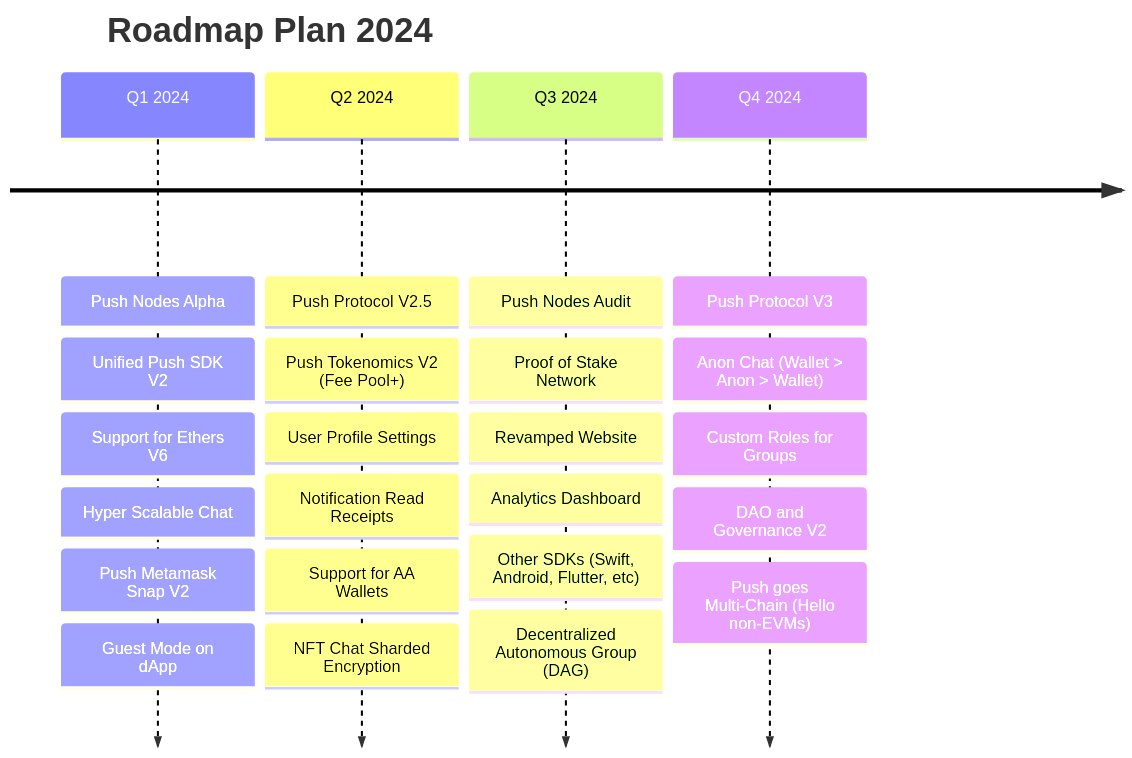
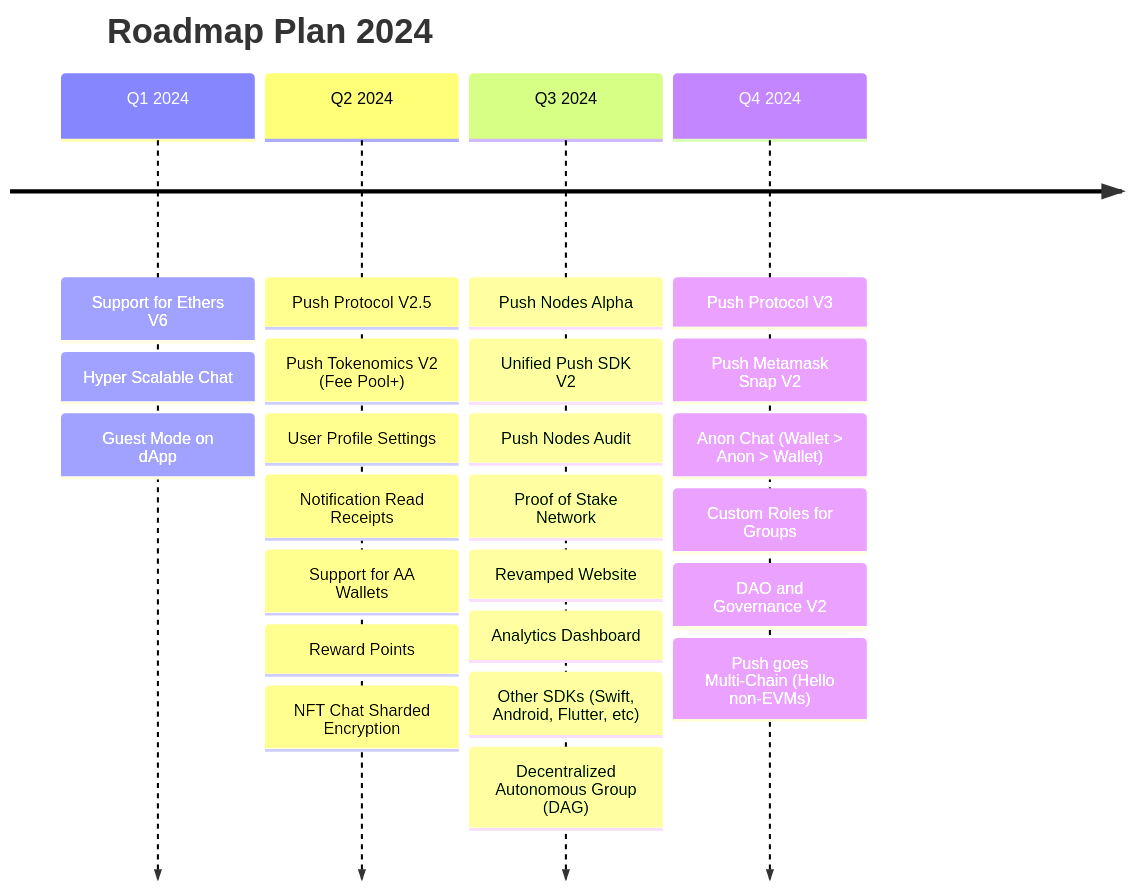
The diagram in docs/roadmap/01-Push-Roadmap.mdx (push-protocol/push-website), drawn with Mermaid before and after one commit. The commit also changed other lines of this file, not shown here.

Commit message:
update roadmap

````diff
--- a/docs/roadmap/01-Push-Roadmap.mdx
+++ b/docs/roadmap/01-Push-Roadmap.mdx
@@ -21,27 +21,28 @@
 ```mermaid
 timeline
     title Roadmap Plan 2024
-    Q1 2024 : Push Nodes Alpha
-            : Unified Push SDK V2
-            : Support for Ethers V6
+    Q1 2024 : Support for Ethers V6
             : Hyper Scalable Chat
-            : Push Metamask Snap V2
             : Guest Mode on dApp
     Q2 2024 : Push Protocol V2.5
             : Push Tokenomics V2 (Fee Pool+)
             : User Profile Settings
             : Notification Read Receipts
             : Support for AA Wallets
+            : Reward Points
             : NFT Chat Sharded Encryption
-    Q3 2024 : Push Nodes Audit
+    Q3 2024 : Push Nodes Alpha
+            : Unified Push SDK V2
+            : Push Nodes Audit
             : Proof of Stake Network
             : Revamped Website
             : Analytics Dashboard
             : Other SDKs (Swift, Android, Flutter, etc)
             : Decentralized Autonomous Group (DAG)
     Q4 2024 : Push Protocol V3
+            : Push Metamask Snap V2
             : Anon Chat (Wallet > Anon > Wallet)
             : Custom Roles for Groups
             : DAO and Governance V2
             : Push goes Multi-Chain (Hello non-EVMs)
 ```
````
